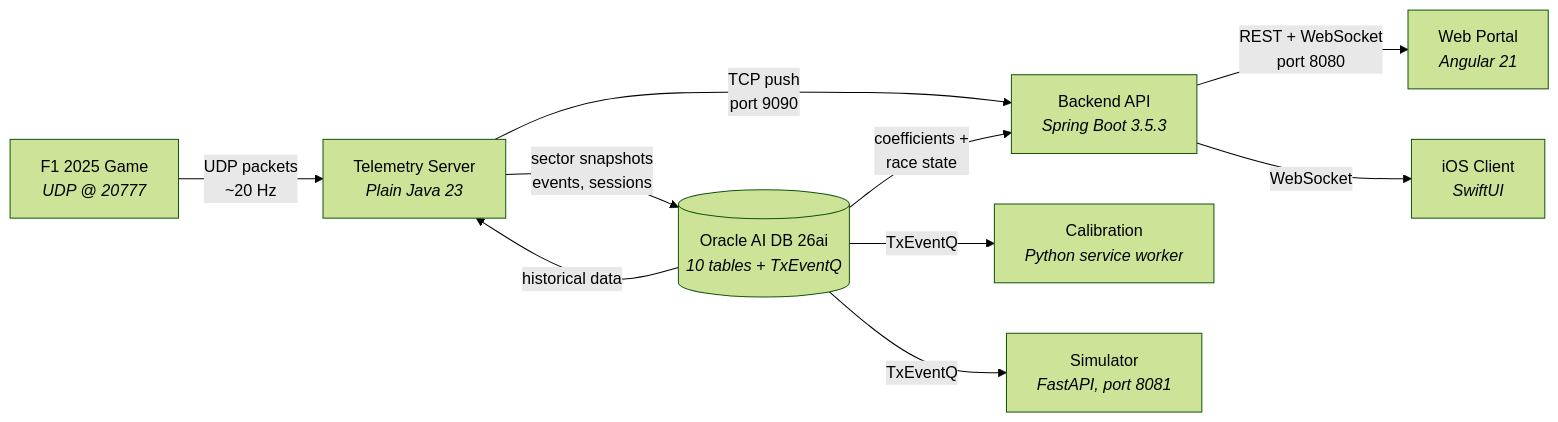
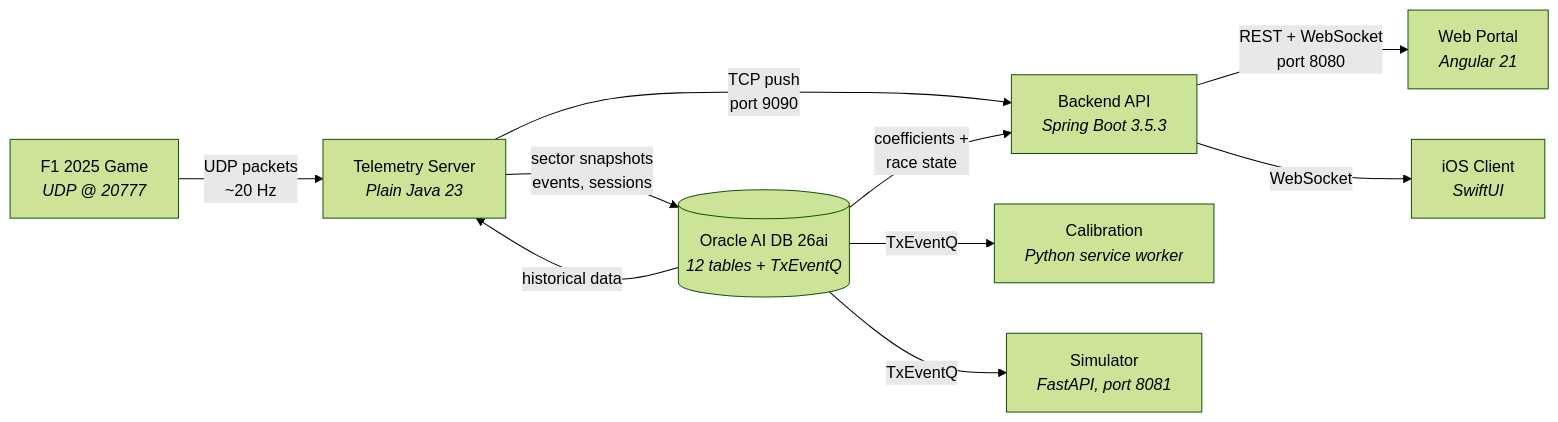
The first of 2 diagrams in README.md (vmleon/f12025-race-strategy-simulation), drawn with Mermaid (forest theme) before and after one commit. The commit also changed other lines of this file and 8 other files, not shown here.

````diff
--- a/README.md
+++ b/README.md
@@ -7,21 +7,21 @@
 ```mermaid
 graph LR
     Game["F1 2025 Game<br/><i>UDP @ 20777</i>"]
     Ingest["Telemetry Server<br/><i>Plain Java 23</i>"]
-    DB[("Oracle AI DB 26ai<br/><i>10 tables + TxEventQ</i>")]
+    DB[("Oracle AI DB 26ai<br/><i>12 tables + TxEventQ</i>")]
     Backend["Backend API<br/><i>Spring Boot 3.5.3</i>"]
     Calibration["Calibration<br/><i>Python service worker</i>"]
     Simulator["Simulator<br/><i>FastAPI, port 8081</i>"]
     Portal["Web Portal<br/><i>Angular 21</i>"]
     Client["iOS Client<br/><i>SwiftUI</i>"]
 
     Game -- "UDP packets<br/>~20 Hz" --> Ingest
     Ingest -- "sector snapshots<br/>events, sessions" --> DB
     Ingest -- "TCP push<br/>port 9090" --> Backend
     DB -- "historical data" --> Ingest
     DB -- "TxEventQ" --> Calibration
     DB -- "TxEventQ" --> Simulator
     DB -- "coefficients +<br/>race state" --> Backend
     Backend -- "REST + WebSocket<br/>port 8080" --> Portal
     Backend -- "WebSocket" --> Client
 ```
````
